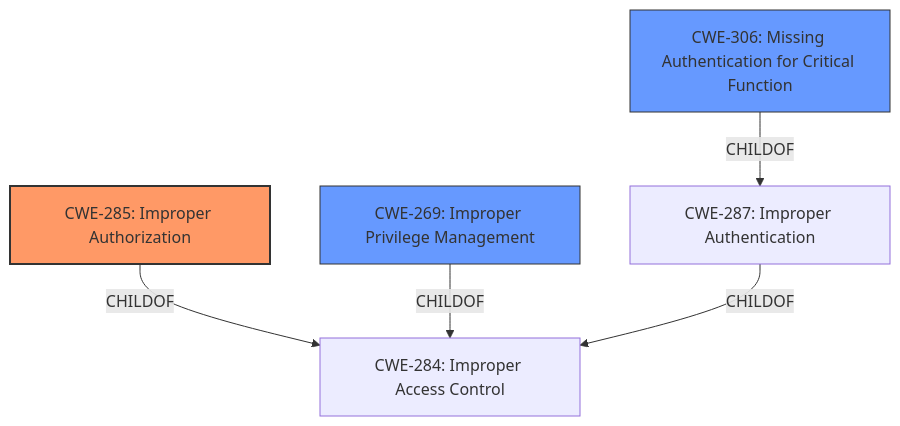
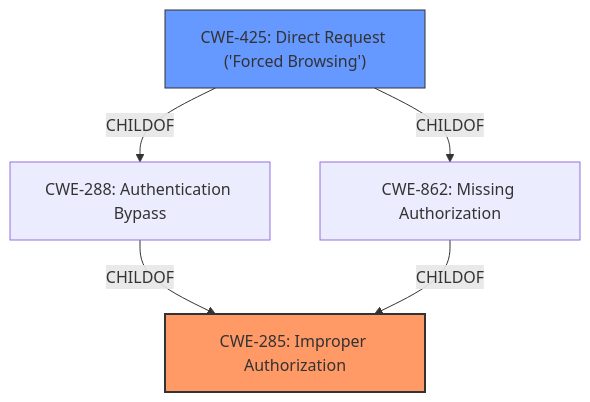
One commit to CyberSecAI/cwe_agent_assign_reports_2025 changed the diagram in CVE-2025-5390/CVE-2025-5390_analysis.md. Above: the diagram before and after it, drawn with Mermaid. The commit also changed other lines of this file and 190653 other files, not shown here.

````diff
--- a/CVE-2025-5390/CVE-2025-5390_analysis.md
+++ b/CVE-2025-5390/CVE-2025-5390_analysis.md
@@ -18,20 +18,17 @@
 ```mermaid
 graph TD
     cwe285["CWE-285: Improper Authorization"]
-    cwe269["CWE-269: Improper Privilege Management"]
-    cwe306["CWE-306: Missing Authentication for Critical Function"]
-    cwe284["CWE-284: Improper Access Control"]
-    
+    cwe425["CWE-425: Direct Request ('Forced Browsing')"]
+    cwe288["CWE-288: Authentication Bypass"]
+    cwe862["CWE-862: Missing Authorization"]
 
-    cwe285 -->|CHILDOF| cwe284
-    cwe269 -->|CHILDOF| cwe284
-    cwe306 -->|CHILDOF| cwe287
-    cwe287["CWE-287: Improper Authentication"] -->|CHILDOF| cwe284
-    
+    cwe425 -->|CHILDOF| cwe288
+    cwe425 -->|CHILDOF| cwe862
+    cwe288 -->|CHILDOF| cwe285
+    cwe862 -->|CHILDOF| cwe285
 
     classDef primary fill:#f96,stroke:#333,stroke-width:2px
     classDef secondary fill:#69f,stroke:#333
-    classDef tertiary fill:#9e9,stroke:#333
     class cwe285 primary
-    class cwe269,cwe306 secondary
+    class cwe425 secondary
 ```
````
